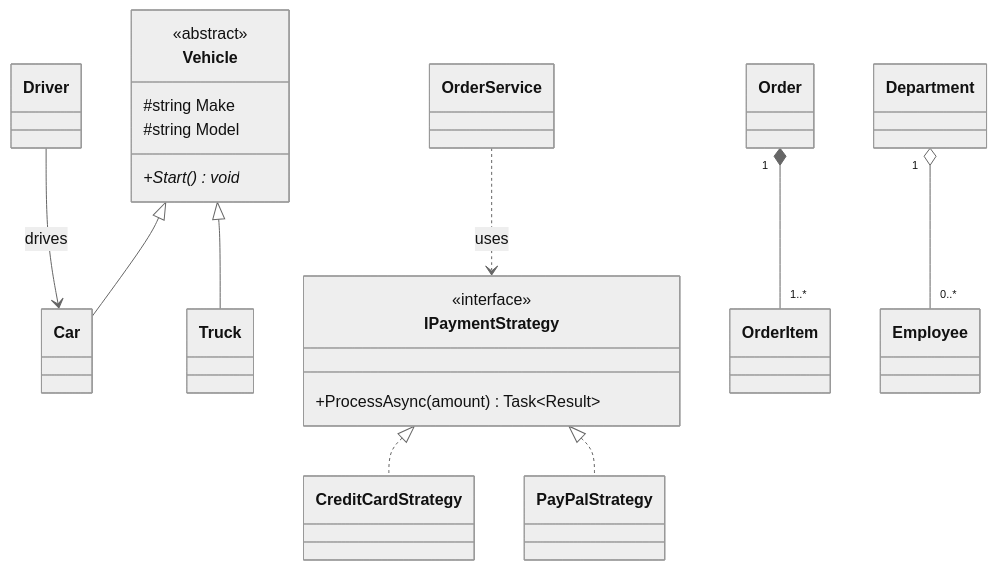
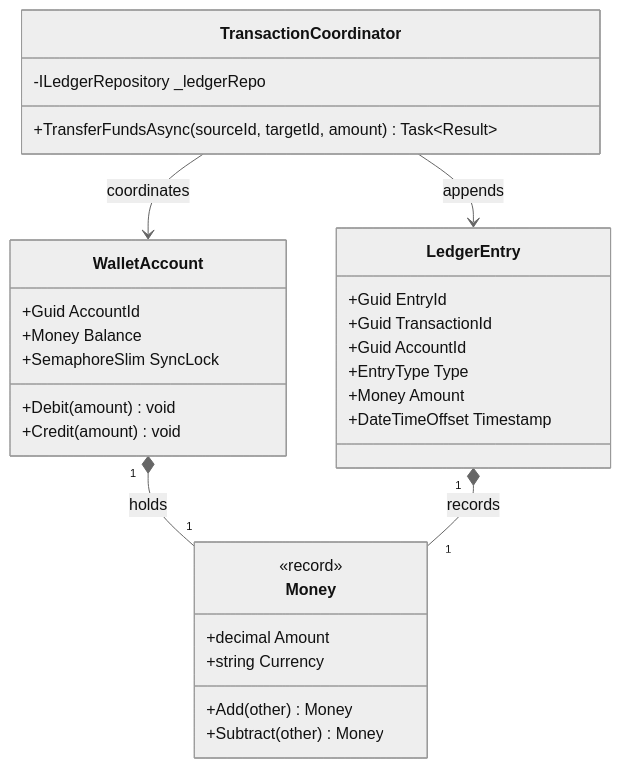
Before and after one commit to dip4k/DSA_102: the second of 3 diagrams in LLD/00_Core_Concepts/09_UML_Class_Diagrams.md, drawn with Mermaid (neutral theme). The commit also changed other lines of this file and 50 other files, not shown here.

````diff
--- a/LLD/00_Core_Concepts/09_UML_Class_Diagrams.md
+++ b/LLD/00_Core_Concepts/09_UML_Class_Diagrams.md
@@ -81,34 +120,37 @@
 ```mermaid
 classDiagram
-    %% Inheritance
-    Vehicle <|-- Car
-    Vehicle <|-- Truck
-
-    %% Interface implementation
-    IPaymentStrategy <|.. CreditCardStrategy
-    IPaymentStrategy <|.. PayPalStrategy
-
-    %% Composition (Order owns OrderItems)
-    Order "1" *-- "1..*" OrderItem
-
-    %% Aggregation (Department has Employees, injected)
-    Department "1" o-- "0..*" Employee
-
-    %% Association (Driver uses Car temporarily)
-    Driver --> Car : drives
-
-    %% Dependency (Service uses Interface)
-    OrderService ..> IPaymentStrategy : uses
-
-    class Vehicle {
-        <<abstract>>
-        #string Make
-        #string Model
-        +Start()* void
+    class WalletAccount {
+        +Guid AccountId
+        +Money Balance
+        +SemaphoreSlim SyncLock
+        +Debit(amount) void
+        +Credit(amount) void
     }
 
-    class IPaymentStrategy {
-        <<interface>>
-        +ProcessAsync(amount) Task~Result~
+    class LedgerEntry {
+        +Guid EntryId
+        +Guid TransactionId
+        +Guid AccountId
+        +EntryType Type
+        +Money Amount
+        +DateTimeOffset Timestamp
     }
+
+    class TransactionCoordinator {
+        -ILedgerRepository _ledgerRepo
+        +TransferFundsAsync(sourceId, targetId, amount) Task~Result~
+    }
+
+    class Money {
+        <<record>>
+        +decimal Amount
+        +string Currency
+        +Add(other) Money
+        +Subtract(other) Money
+    }
+
+    TransactionCoordinator --> WalletAccount : coordinates
+    TransactionCoordinator --> LedgerEntry : appends
+    WalletAccount "1" *-- "1" Money : holds
+    LedgerEntry "1" *-- "1" Money : records
 ```
````
